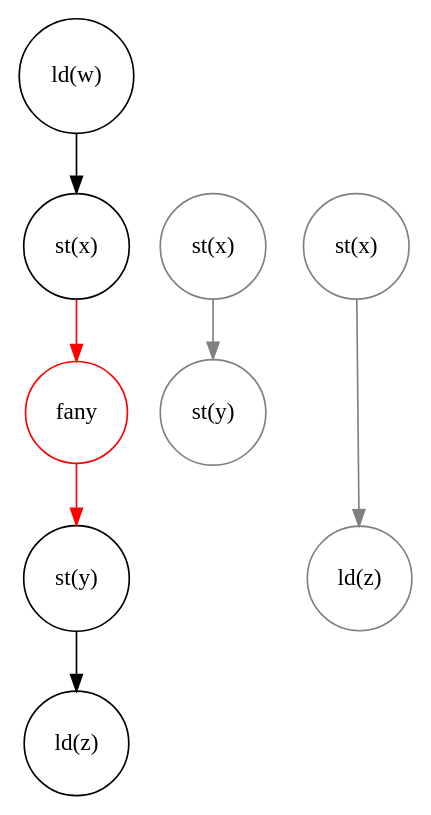
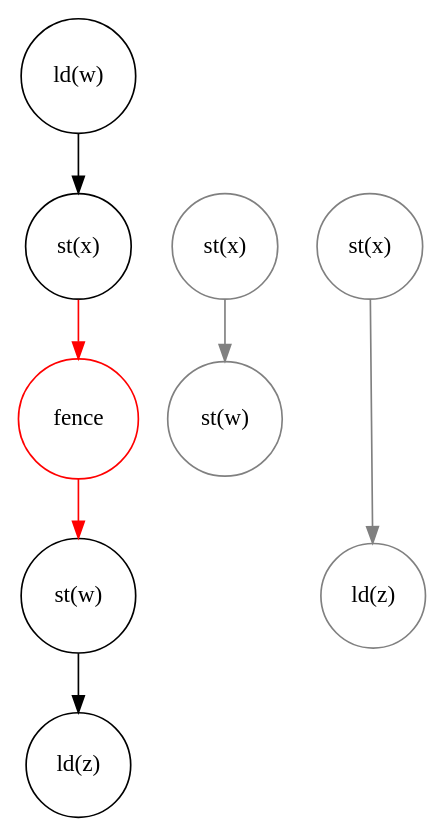
One commit to johnbender/oopsla-2015-presentation changed the seventh of 7 diagrams in presentation.org. Above: the diagram before and after it, drawn with Graphviz. The commit also changed other lines of this file and 14 other files, not shown here.

```diff
--- a/presentation.org
+++ b/presentation.org
@@ -709,36 +709,36 @@
    #+BEGIN_SRC dot :file assets/images/full-graph-refine-apply.png :exports results
 digraph a {
  splines=line
  node [shape = circle];
  1 [label="ld(w)"]
  2 [label="st(x)"]
- 3 [label="st(y)"]
+ 3 [label="st(w)"]
  4 [label="ld(z)"]
- 5 [label="fany" color="red"]
+ 5 [label="fence" color="red"]
 
  1 -> 2
  3 -> 4
  2 -> 5 [color="red"]
  5 -> 3 [color="red"]
 
  node[shape=circle]
 
  9 [label="st(x)", color="gray"]
- 10 [label="st(y)", color="gray"]
+ 10 [label="st(w)", color="gray"]
 
  6 [label="st(x)", color="gray"]
  8 [label="ld(z)", color="gray"]
 
  node[shape=point style=invis]
  splines=line
  n -> 6 [style=invis]
  6 -> o [style=invis]
  o -> 8 [style=invis]
  p -> 9 [style=invis]
 
 
  9 -> 10 [color="gray"]
 
  6 -> 8 [color="gray"]
 }
    #+END_SRC
```
